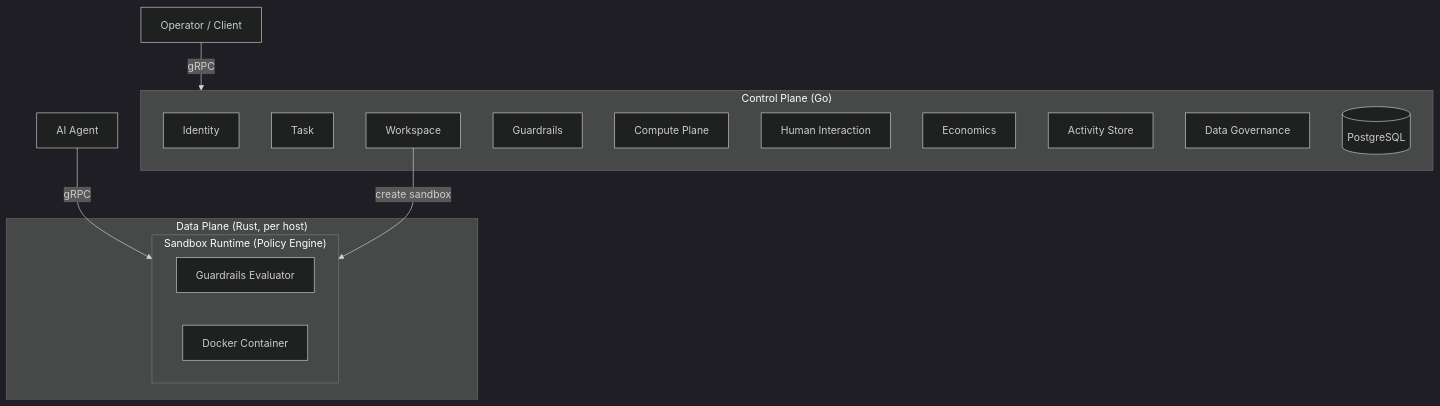
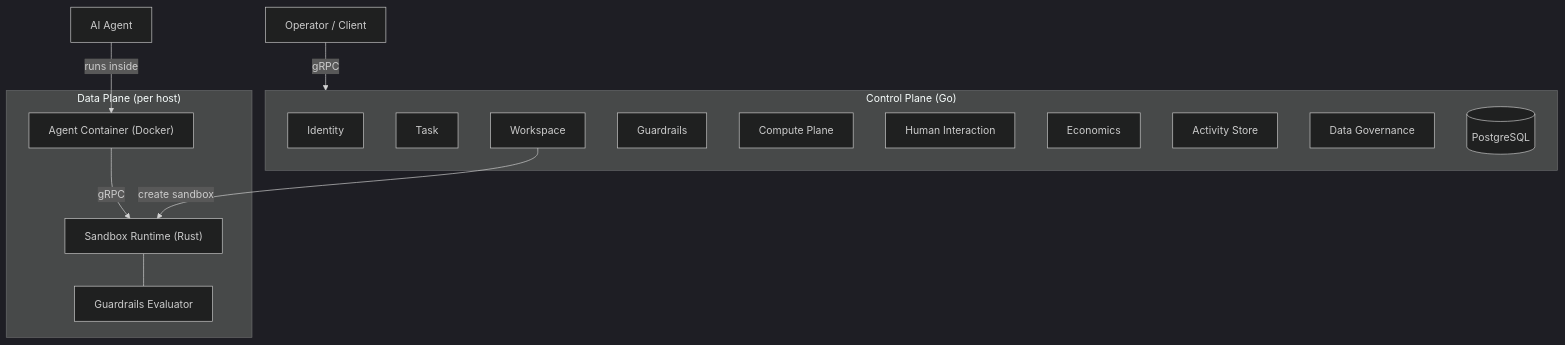
Before and after one commit to Baselyne-Systems/agent-sandbox-platform: the first of 4 diagrams in README.md, drawn with Mermaid (dark theme). The commit also changed other lines of this file and 1 other file, not shown here.

````diff
--- a/README.md
+++ b/README.md
@@ -20,29 +20,30 @@
 ```mermaid
 graph TB
     Operator["Operator / Client"]
     Agent["AI Agent"]
 
     subgraph CP["Control Plane (Go)"]
         Identity["Identity"]
         Task["Task"]
         Workspace["Workspace"]
         Guardrails["Guardrails"]
         Compute["Compute Plane"]
         Human["Human Interaction"]
         Economics["Economics"]
         Activity["Activity Store"]
         Governance["Data Governance"]
         PG[("PostgreSQL")]
     end
 
-    subgraph DP["Data Plane (Rust, per host)"]
-        subgraph Sandbox["Sandbox Runtime (Policy Engine)"]
-            Evaluator["Guardrails Evaluator"]
-            Container["Docker Container"]
-        end
+    subgraph DP["Data Plane (per host)"]
+        Runtime["Sandbox Runtime (Rust)"]
+        Evaluator["Guardrails Evaluator"]
+        Container["Agent Container (Docker)"]
     end
 
     Operator -->|gRPC| CP
-    Agent -->|gRPC| Sandbox
-    Workspace -->|"create sandbox"| Sandbox
+    Agent -->|runs inside| Container
+    Container -->|gRPC| Runtime
+    Workspace -->|"create sandbox"| Runtime
+    Runtime --- Evaluator
 ```
````
